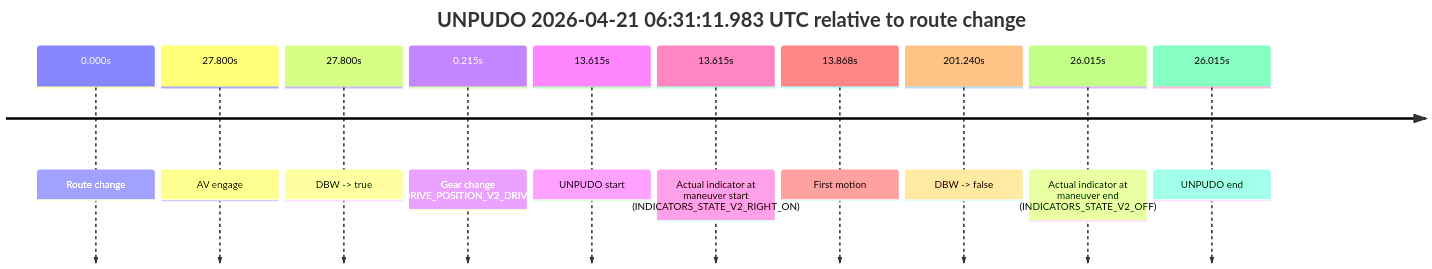
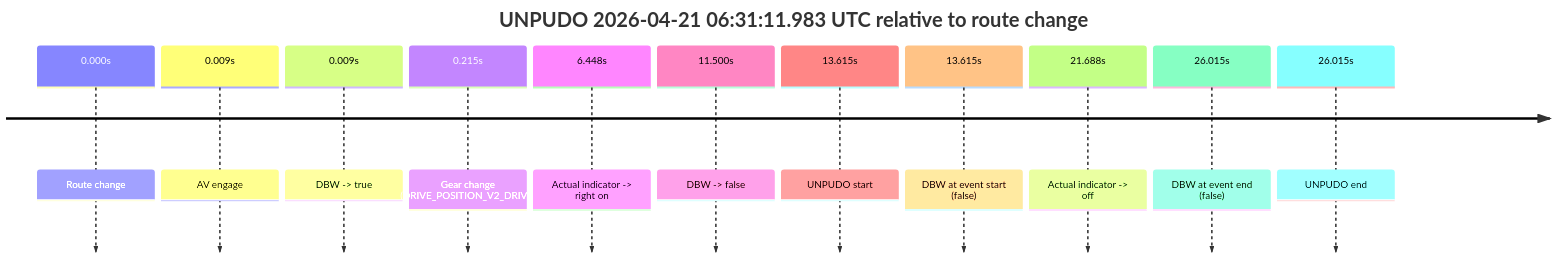
One commit to yoelshapiro/vault changed the first of 4 diagrams in model_analysis/report_cards/2026/04/Week-4/fme20032--2026-04-21--06-21-59--gen2-av-dc89c904-bd1e-45df-a584-41784b2b2a5a.md. Above: the diagram before and after it, drawn with Mermaid. The commit also changed other lines of this file and 85 other files, not shown here.

````diff
--- a/model_analysis/report_cards/2026/04/Week-4/fme20032--2026-04-21--06-21-59--gen2-av-dc89c904-bd1e-45df-a584-41784b2b2a5a.md
+++ b/model_analysis/report_cards/2026/04/Week-4/fme20032--2026-04-21--06-21-59--gen2-av-dc89c904-bd1e-45df-a584-41784b2b2a5a.md
@@ -43,14 +44,15 @@
 ```mermaid
 timeline
     title UNPUDO 2026-04-21 06:31:11.983 UTC relative to route change
     0.000s : Route change
-    27.800s : AV engage
-    27.800s : DBW -> true
+    0.009s : AV engage
+    0.009s : DBW -> true
     0.215s : Gear change (DRIVE_POSITION_V2_DRIVE)
+    6.448s : Actual indicator -> right on
+    11.500s : DBW -> false
     13.615s : UNPUDO start
-    13.615s : Actual indicator at maneuver start (INDICATORS_STATE_V2_RIGHT_ON)
-    13.868s : First motion
-    201.240s : DBW -> false
-    26.015s : Actual indicator at maneuver end (INDICATORS_STATE_V2_OFF)
+    13.615s : DBW at event start (false)
+    21.688s : Actual indicator -> off
+    26.015s : DBW at event end (false)
     26.015s : UNPUDO end
 ```
````
